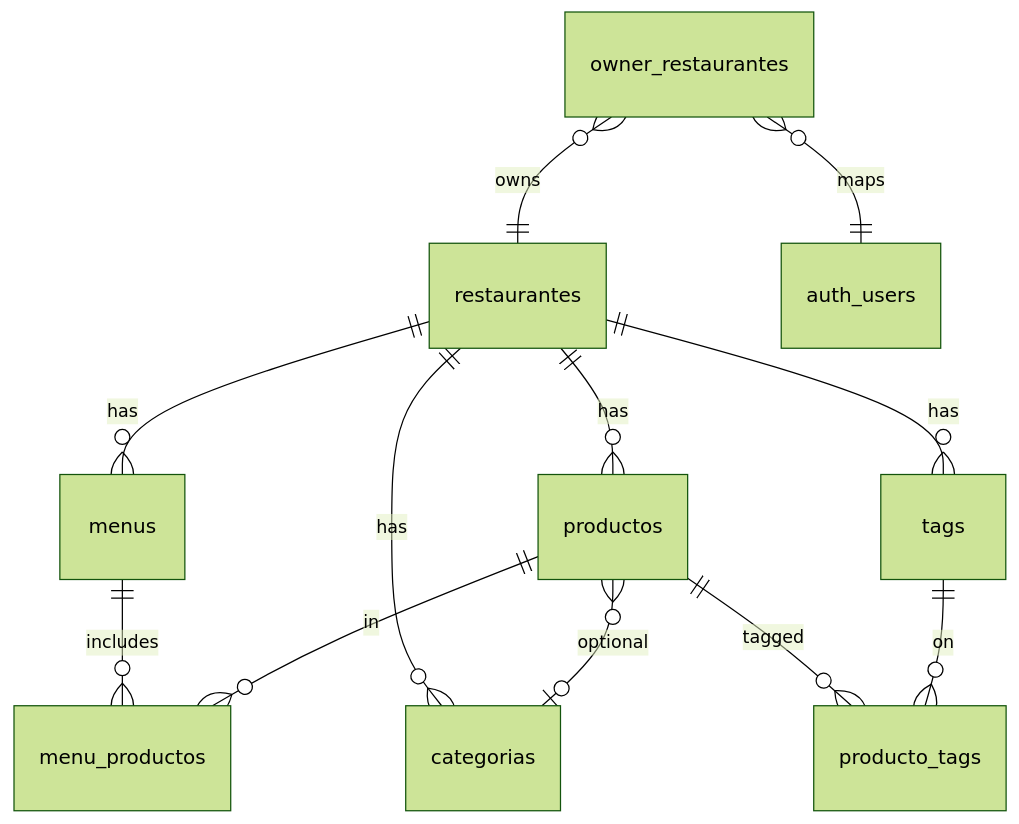
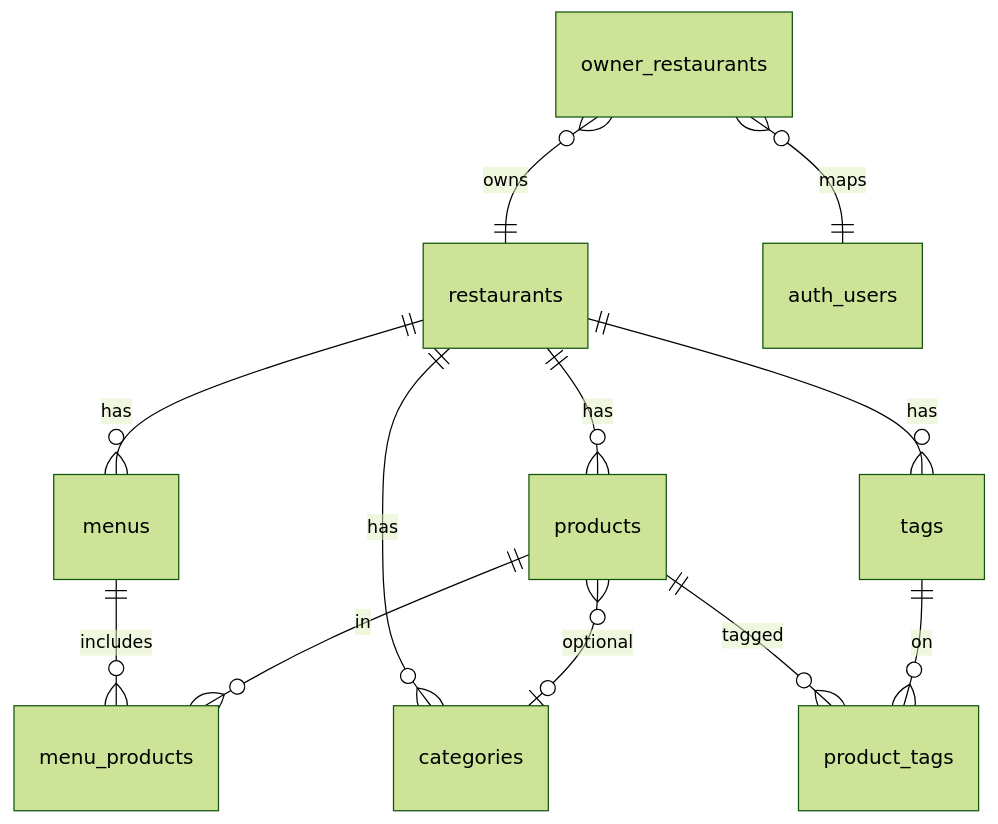
The first of 2 diagrams in AGENTS.md (nachomallavia/digimenu-v2), drawn with Mermaid (forest theme) before and after one commit. The commit also changed other lines of this file and 6 other files, not shown here.

First line of the commit message:
DIG-10: add English domain schema with real junctions.

````diff
--- a/AGENTS.md
+++ b/AGENTS.md
@@ -106,14 +106,14 @@
 ```mermaid
 erDiagram
-  restaurantes ||--o{ menus : has
-  restaurantes ||--o{ categorias : has
-  restaurantes ||--o{ tags : has
-  restaurantes ||--o{ productos : has
-  menus ||--o{ menu_productos : includes
-  productos ||--o{ menu_productos : in
-  productos ||--o{ producto_tags : tagged
-  tags ||--o{ producto_tags : on
-  productos }o--o| categorias : optional
-  owner_restaurantes }o--|| restaurantes : owns
-  owner_restaurantes }o--|| auth_users : maps
+  restaurants ||--o{ menus : has
+  restaurants ||--o{ categories : has
+  restaurants ||--o{ tags : has
+  restaurants ||--o{ products : has
+  menus ||--o{ menu_products : includes
+  products ||--o{ menu_products : in
+  products ||--o{ product_tags : tagged
+  tags ||--o{ product_tags : on
+  products }o--o| categories : optional
+  owner_restaurants }o--|| restaurants : owns
+  owner_restaurants }o--|| auth_users : maps
 ```
````
